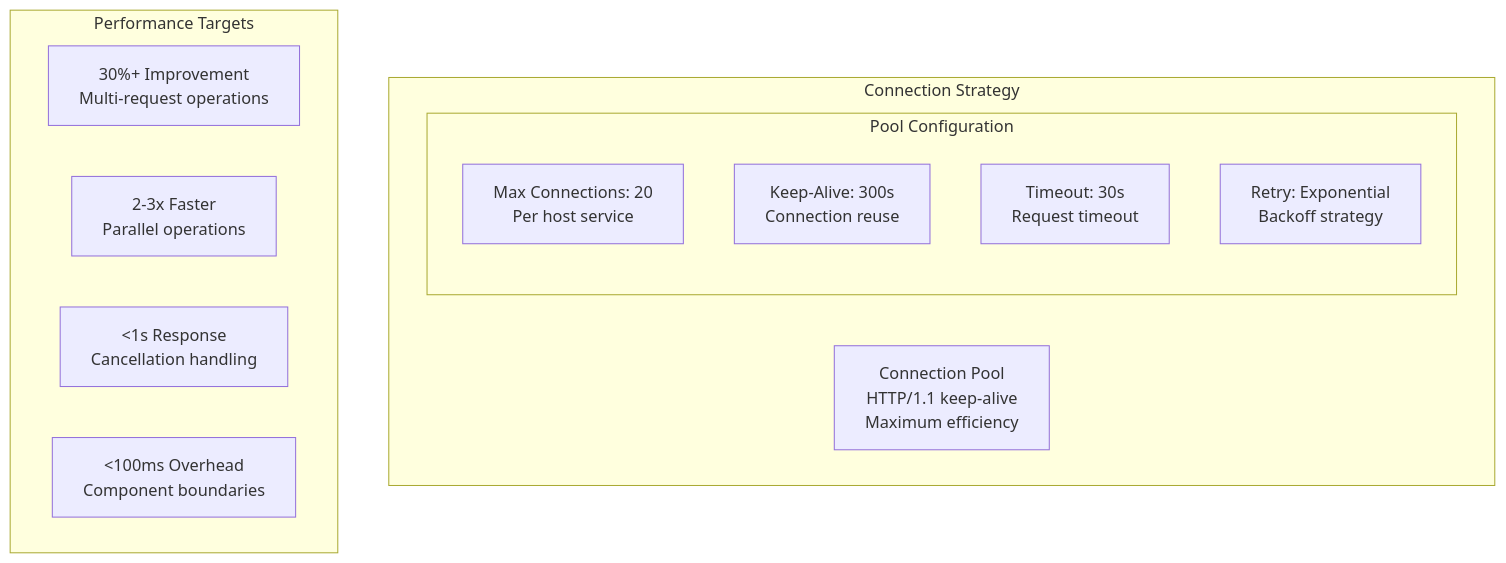
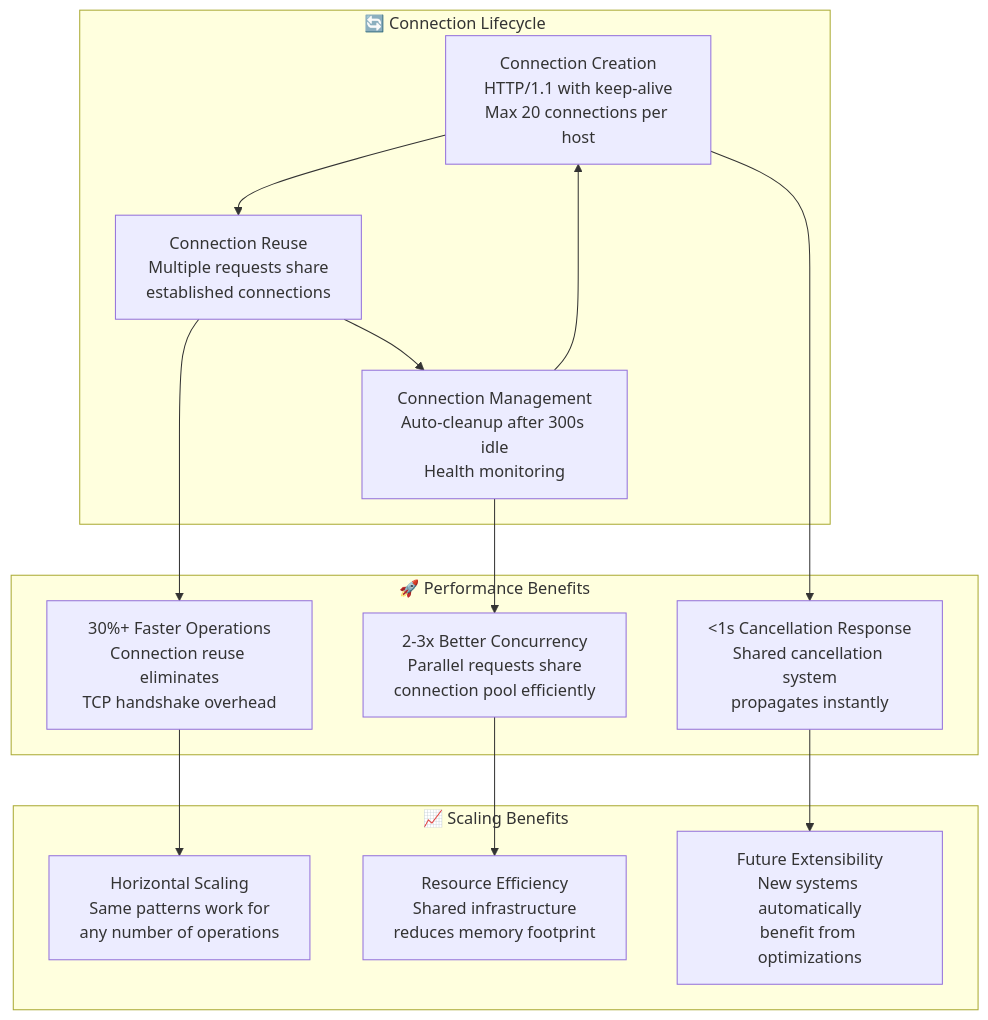
One commit to kpiteira/ktrdr changed the seventh of 9 diagrams in docs/architecture/async/async-architecture-spec.md. Above: the diagram before and after it, drawn with Mermaid. The commit also changed other lines of this file and 1 other file, not shown here.

First line of the commit message:
docs: update async architecture specification and implementation plan

````diff
--- a/docs/architecture/async/async-architecture-spec.md
+++ b/docs/architecture/async/async-architecture-spec.md
@@ -406,20 +726,32 @@
 ```mermaid
 graph TB
-    subgraph "Connection Strategy"
-        CP[Connection Pool<br/>HTTP/1.1 keep-alive<br/>Maximum efficiency]
-        
-        subgraph "Pool Configuration"
-            PC1[Max Connections: 20<br/>Per host service]
-            PC2[Keep-Alive: 300s<br/>Connection reuse]
-            PC3[Timeout: 30s<br/>Request timeout]
-            PC4[Retry: Exponential<br/>Backoff strategy]
-        end
+    subgraph "🚀 Performance Benefits"
+        PB1[30%+ Faster Operations<br/>Connection reuse eliminates<br/>TCP handshake overhead]
+        PB2[2-3x Better Concurrency<br/>Parallel requests share<br/>connection pool efficiently]
+        PB3[<1s Cancellation Response<br/>Shared cancellation system<br/>propagates instantly]
     end
     
-    subgraph "Performance Targets"
-        PT1[30%+ Improvement<br/>Multi-request operations]
-        PT2[2-3x Faster<br/>Parallel operations]  
-        PT3[<1s Response<br/>Cancellation handling]
-        PT4[<100ms Overhead<br/>Component boundaries]
+    subgraph "🔄 Connection Lifecycle"
+        CC[Connection Creation<br/>HTTP/1.1 with keep-alive<br/>Max 20 connections per host]
+        CR[Connection Reuse<br/>Multiple requests share<br/>established connections]
+        CM[Connection Management<br/>Auto-cleanup after 300s idle<br/>Health monitoring]
     end
+    
+    subgraph "📈 Scaling Benefits"
+        SB1[Horizontal Scaling<br/>Same patterns work for<br/>any number of operations]
+        SB2[Resource Efficiency<br/>Shared infrastructure<br/>reduces memory footprint]
+        SB3[Future Extensibility<br/>New systems automatically<br/>benefit from optimizations]
+    end
+    
+    CC --> CR
+    CR --> CM
+    CM --> CC
+    
+    CR --> PB1
+    CM --> PB2
+    CC --> PB3
+    
+    PB1 --> SB1
+    PB2 --> SB2
+    PB3 --> SB3
 ```
````
